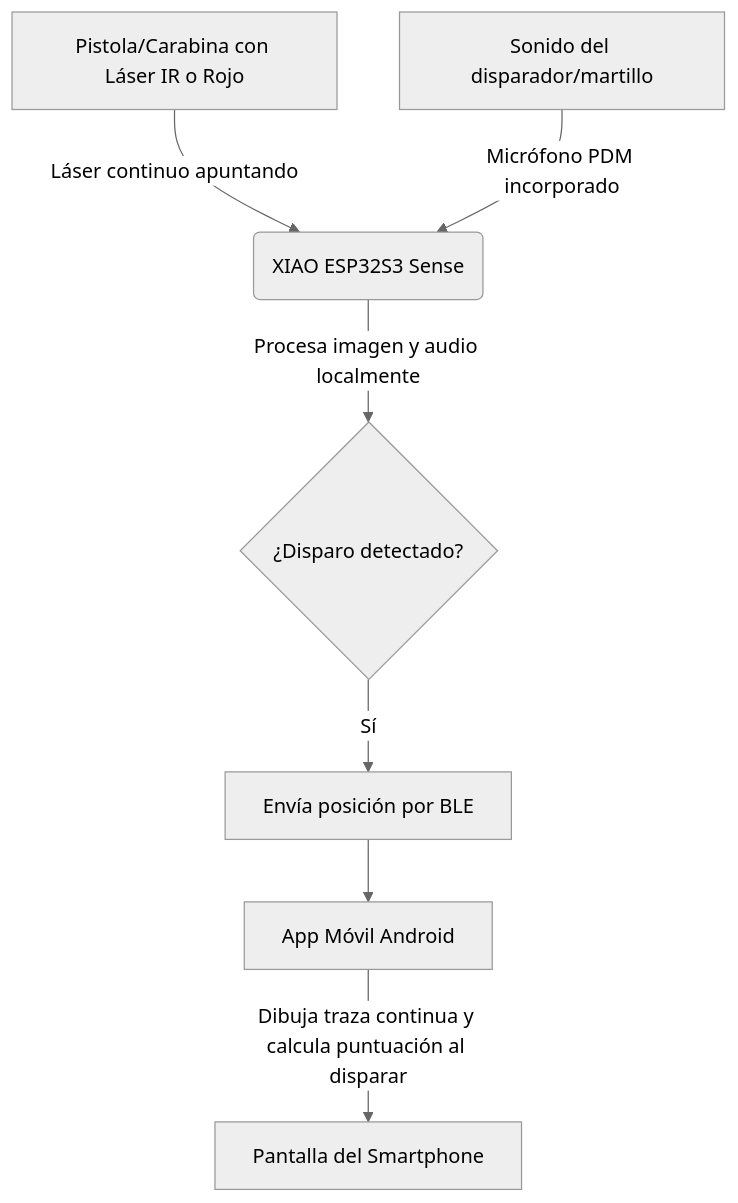
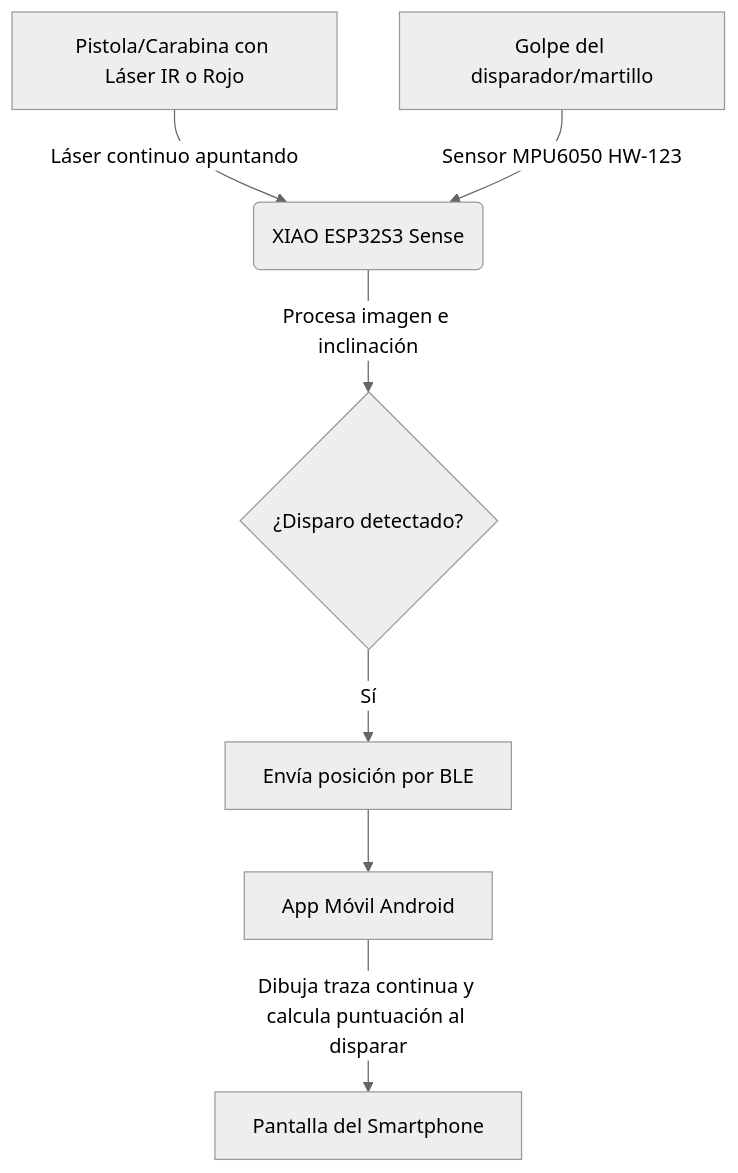
The diagram in hardware/Docs/GUIA_USO.md (luisleon757/Splatt-Elite), drawn with Mermaid (neutral theme) before and after one commit. The commit also changed other lines of this file and 9 other files, not shown here.

````diff
--- a/hardware/Docs/GUIA_USO.md
+++ b/hardware/Docs/GUIA_USO.md
@@ -26,9 +26,9 @@
 ```mermaid
 graph TD
     A[Pistola/Carabina con Láser IR o Rojo] -->|Láser continuo apuntando| B(XIAO ESP32S3 Sense)
-    C[Sonido del disparador/martillo] -->|Micrófono PDM incorporado| B
-    B -->|Procesa imagen y audio localmente| D{¿Disparo detectado?}
+    C[Golpe del disparador/martillo] -->|Sensor MPU6050 HW-123| B
+    B -->|Procesa imagen e inclinación| D{¿Disparo detectado?}
     D -->|Sí| E[Envía posición por BLE]
     E --> F[App Móvil Android]
     F -->|Dibuja traza continua y calcula puntuación al disparar| G[Pantalla del Smartphone]
 ```
````
